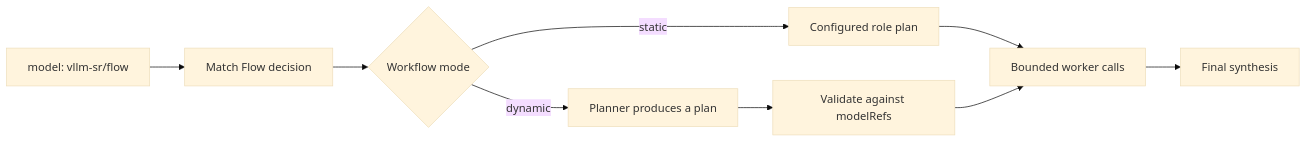
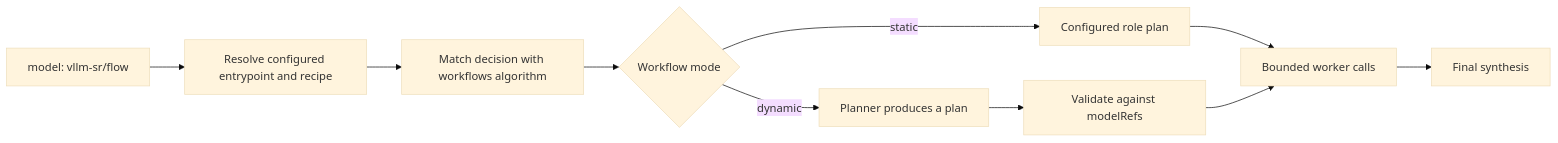
One commit to vllm-project/semantic-router changed the diagram in website/docs/proposals/router-flow-workflows.md. Above: the diagram before and after it, drawn with Mermaid (base theme). The commit also changed other lines of this file and 178 other files, not shown here.

Commit message:
docs: align architecture and guides with the modular runtime (#4775)

````diff
--- a/website/docs/proposals/router-flow-workflows.md
+++ b/website/docs/proposals/router-flow-workflows.md
@@ -29,11 +33,12 @@
 ```mermaid
 flowchart LR
-  Request["model: vllm-sr/flow"] --> Decision["Match Flow decision"]
+  Request["model: vllm-sr/flow"] --> Recipe["Resolve configured entrypoint and recipe"]
+  Recipe --> Decision["Match decision with workflows algorithm"]
   Decision --> Plan{"Workflow mode"}
   Plan -->|"static"| Static["Configured role plan"]
   Plan -->|"dynamic"| Planner["Planner produces a plan"]
   Planner --> Validate["Validate against modelRefs"]
   Static --> Workers["Bounded worker calls"]
   Validate --> Workers
   Workers --> Final["Final synthesis"]
 ```
````
